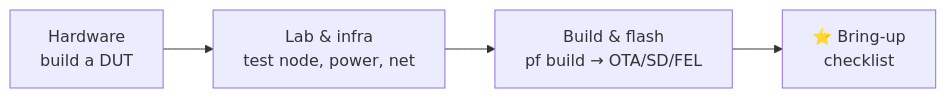
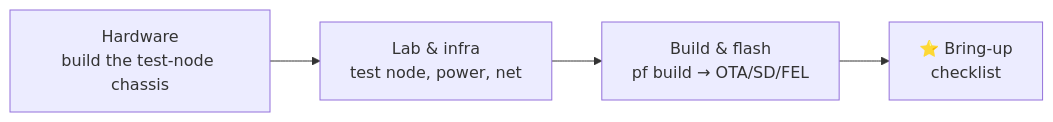
The diagram in docs/index.md (pocketforge-os/handbook), drawn with Mermaid before and after one commit. The commit also changed other lines of this file and 23 other files, not shown here.

Commit message:
docs: add test-node chassis assembly handbook

````diff
--- a/docs/index.md
+++ b/docs/index.md
@@ -30,6 +30,6 @@
 ```mermaid
 flowchart LR
-  HW[Hardware<br/>build a DUT] --> LAB[Lab &amp; infra<br/>test node, power, net]
+  HW[Hardware<br/>build the test-node chassis] --> LAB[Lab &amp; infra<br/>test node, power, net]
   LAB --> BF[Build &amp; flash<br/>pf build → OTA/SD/FEL]
   BF --> BU[⭐ Bring-up<br/>checklist]
 ```
````
